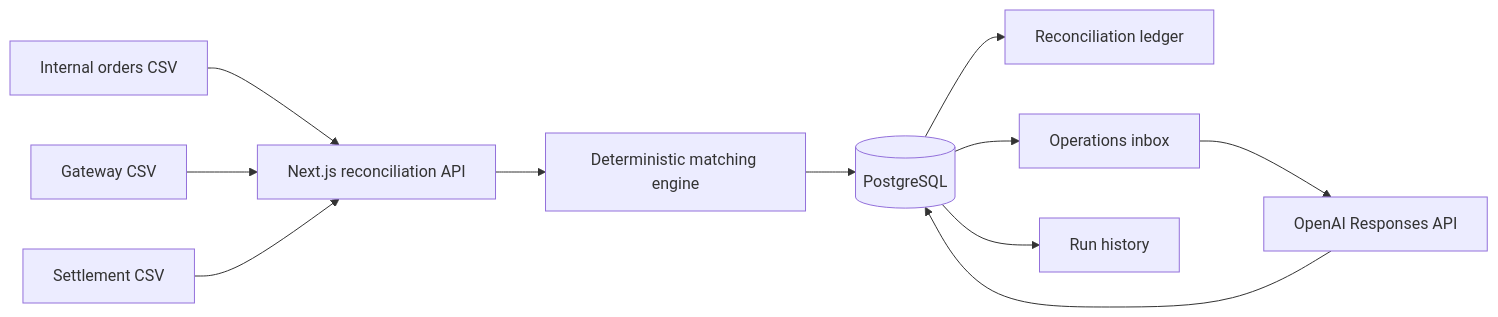
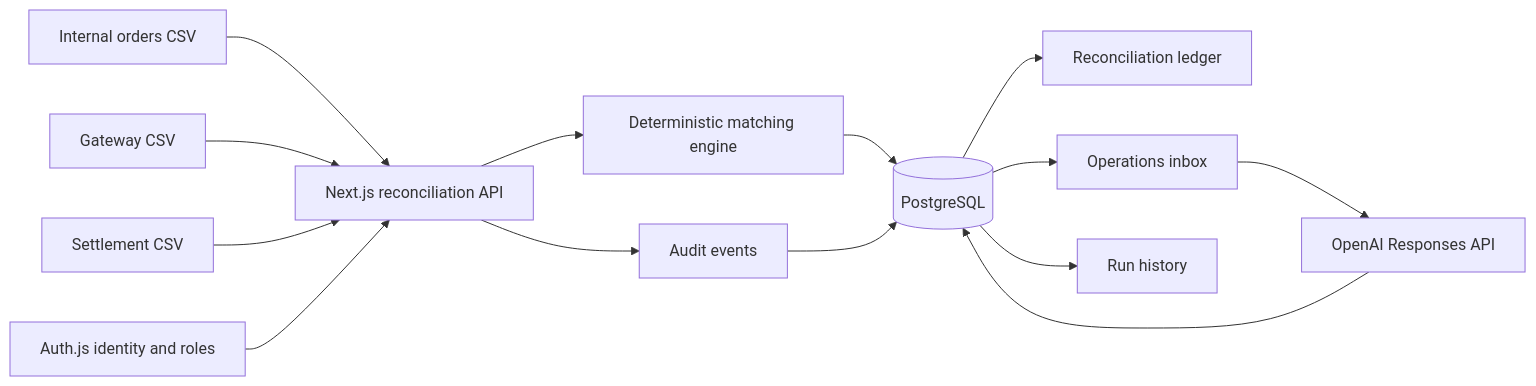
One commit to himanisharrma/payops-copilot changed the diagram in README.md. Above: the diagram before and after it, drawn with Mermaid. The commit also changed other lines of this file and 27 other files, not shown here.

````diff
--- a/README.md
+++ b/README.md
@@ -38,13 +41,16 @@
 ```mermaid
 flowchart LR
     A[Internal orders CSV] --> D[Next.js reconciliation API]
     B[Gateway CSV] --> D
     C[Settlement CSV] --> D
     D --> E[Deterministic matching engine]
     E --> F[(PostgreSQL)]
     F --> G[Reconciliation ledger]
     F --> H[Operations inbox]
     F --> I[Run history]
     H --> J[OpenAI Responses API]
     J --> F
+    K[Auth.js identity and roles] --> D
+    D --> L[Audit events]
+    L --> F
 ```
````
